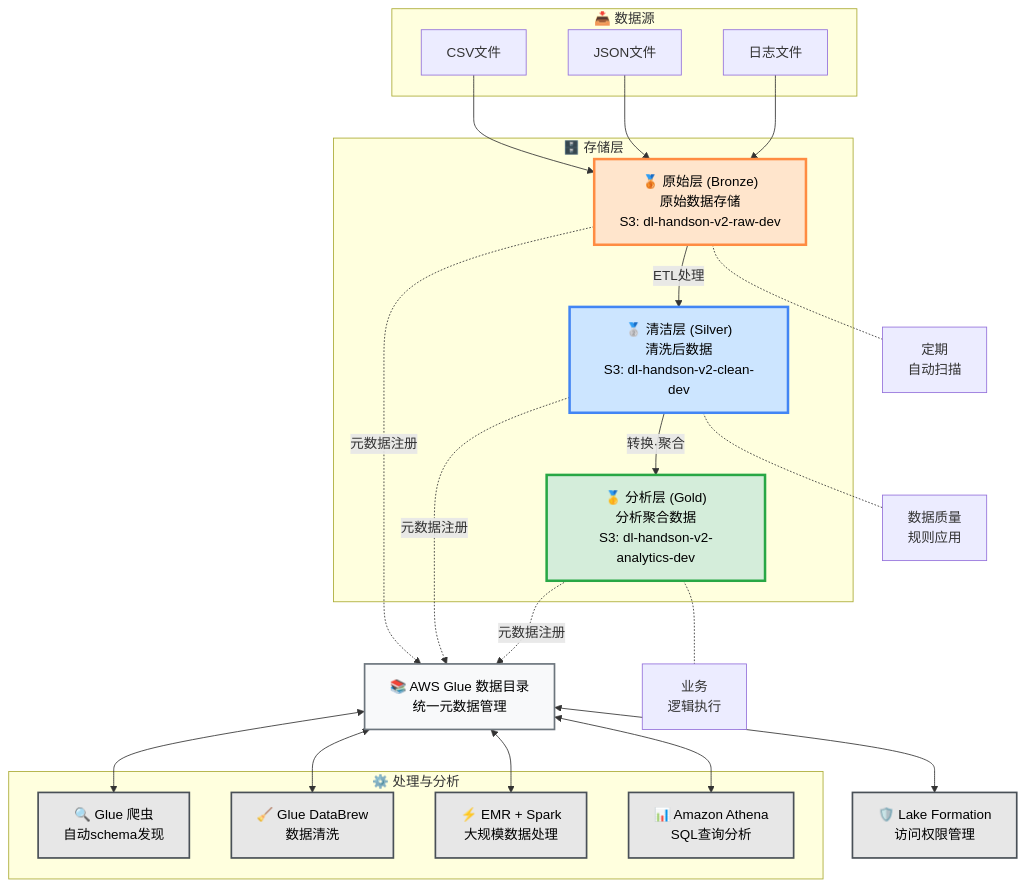
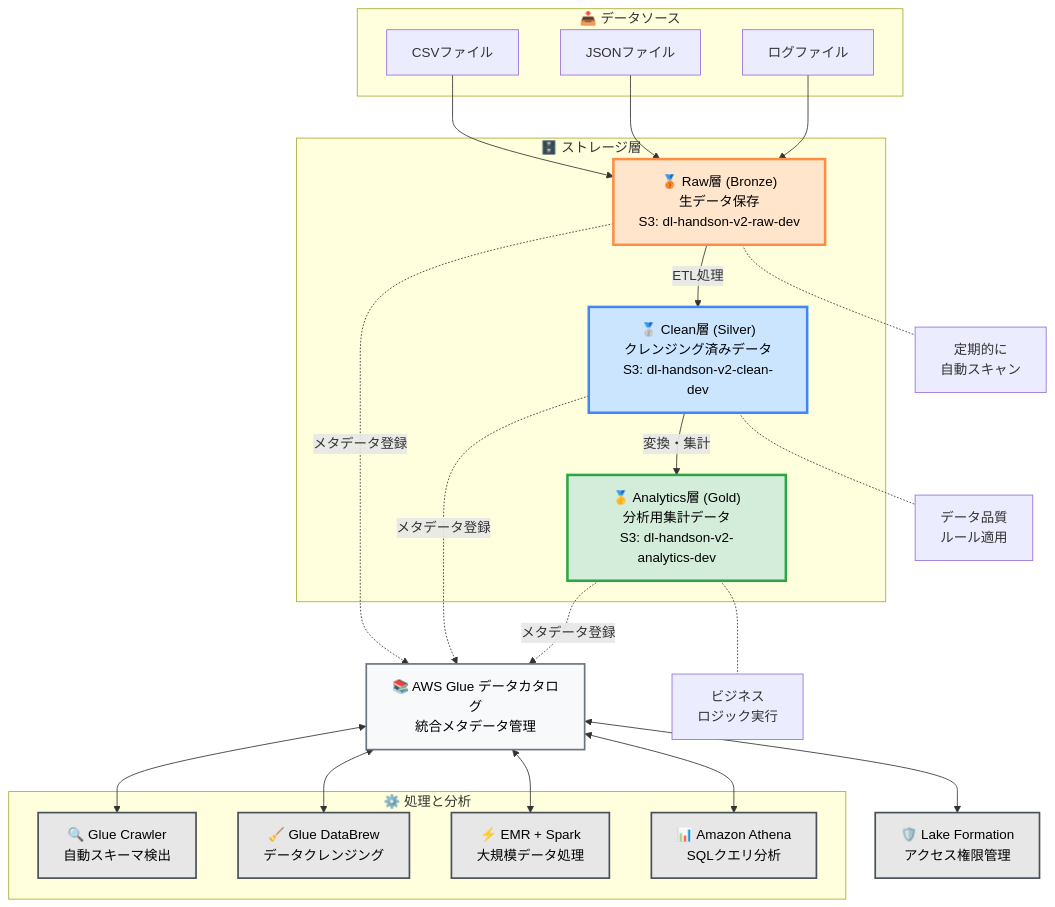
The first of 2 diagrams in README.md (yincma/AWS-Handson-Datalake), drawn with Mermaid before and after one commit. The commit also changed other lines of this file and 2 other files, not shown here.

````diff
--- a/README.md
+++ b/README.md
@@ -51,61 +52,61 @@
 ```mermaid
 graph TB
-    %% 样式定义
+    %% スタイル定義
     classDef rawStyle fill:#FFE5CC,stroke:#FF8C42,stroke-width:3px,color:#000
     classDef cleanStyle fill:#CCE5FF,stroke:#4285F4,stroke-width:3px,color:#000
     classDef analyticsStyle fill:#D4EDDA,stroke:#28A745,stroke-width:3px,color:#000
     classDef catalogStyle fill:#F8F9FA,stroke:#6C757D,stroke-width:2px,color:#000
     classDef processStyle fill:#E7E7E7,stroke:#495057,stroke-width:2px,color:#000
     
-    %% 数据源
-    subgraph sources["📥 数据源"]
-        DS1[CSV文件]
-        DS2[JSON文件]
-        DS3[日志文件]
+    %% データソース
+    subgraph sources["📥 データソース"]
+        DS1[CSVファイル]
+        DS2[JSONファイル]
+        DS3[ログファイル]
     end
     
-    %% 存储层
-    subgraph storage["🗄️ 存储层"]
-        RAW["🥉 原始层 (Bronze)<br/>原始数据存储<br/>S3: dl-handson-v2-raw-dev"]:::rawStyle
-        CLEAN["🥈 清洁层 (Silver)<br/>清洗后数据<br/>S3: dl-handson-v2-clean-dev"]:::cleanStyle
-        ANALYTICS["🥇 分析层 (Gold)<br/>分析聚合数据<br/>S3: dl-handson-v2-analytics-dev"]:::analyticsStyle
+    %% ストレージ層
+    subgraph storage["🗄️ ストレージ層"]
+        RAW["🥉 Raw層 (Bronze)<br/>生データ保存<br/>S3: dl-handson-v2-raw-dev"]:::rawStyle
+        CLEAN["🥈 Clean層 (Silver)<br/>クレンジング済みデータ<br/>S3: dl-handson-v2-clean-dev"]:::cleanStyle
+        ANALYTICS["🥇 Analytics層 (Gold)<br/>分析用集計データ<br/>S3: dl-handson-v2-analytics-dev"]:::analyticsStyle
     end
     
-    %% 目录层
-    CATALOG["📚 AWS Glue 数据目录<br/>统一元数据管理"]:::catalogStyle
+    %% カタログ層
+    CATALOG["📚 AWS Glue データカタログ<br/>統合メタデータ管理"]:::catalogStyle
     
-    %% 处理层
-    subgraph processing["⚙️ 处理与分析"]
-        CRAWLER["🔍 Glue 爬虫<br/>自动schema发现"]:::processStyle
-        DATABREW["🧹 Glue DataBrew<br/>数据清洗"]:::processStyle
-        EMR["⚡ EMR + Spark<br/>大规模数据处理"]:::processStyle
-        ATHENA["📊 Amazon Athena<br/>SQL查询分析"]:::processStyle
+    %% 処理層
+    subgraph processing["⚙️ 処理と分析"]
+        CRAWLER["🔍 Glue Crawler<br/>自動スキーマ検出"]:::processStyle
+        DATABREW["🧹 Glue DataBrew<br/>データクレンジング"]:::processStyle
+        EMR["⚡ EMR + Spark<br/>大規模データ処理"]:::processStyle
+        ATHENA["📊 Amazon Athena<br/>SQLクエリ分析"]:::processStyle
     end
     
-    %% 治理
-    LAKEFORMATION["🛡️ Lake Formation<br/>访问权限管理"]:::processStyle
+    %% ガバナンス
+    LAKEFORMATION["🛡️ Lake Formation<br/>アクセス権限管理"]:::processStyle
     
-    %% 数据流
+    %% データフロー
     DS1 --> RAW
     DS2 --> RAW
     DS3 --> RAW
     
-    RAW -->|ETL处理| CLEAN
-    CLEAN -->|转换·聚合| ANALYTICS
+    RAW -->|ETL処理| CLEAN
+    CLEAN -->|変換・集計| ANALYTICS
     
-    RAW -.->|元数据注册| CATALOG
-    CLEAN -.->|元数据注册| CATALOG
-    ANALYTICS -.->|元数据注册| CATALOG
+    RAW -.->|メタデータ登録| CATALOG
+    CLEAN -.->|メタデータ登録| CATALOG
+    ANALYTICS -.->|メタデータ登録| CATALOG
     
     CATALOG <--> CRAWLER
     CATALOG <--> DATABREW
     CATALOG <--> EMR
     CATALOG <--> ATHENA
     
     CATALOG <--> LAKEFORMATION
     
-    %% 注释
-    RAW -.- crawlerNote["定期<br/>自动扫描"]
-    CLEAN -.- databrewNote["数据质量<br/>规则应用"]
-    ANALYTICS -.- emrNote["业务<br/>逻辑执行"]
+    %% 注釈
+    RAW -.- crawlerNote["定期的に<br/>自動スキャン"]
+    CLEAN -.- databrewNote["データ品質<br/>ルール適用"]
+    ANALYTICS -.- emrNote["ビジネス<br/>ロジック実行"]
 ```
````
